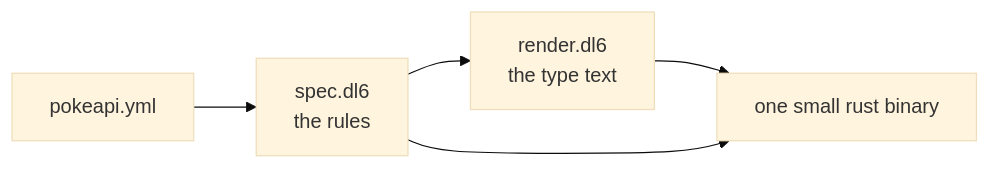
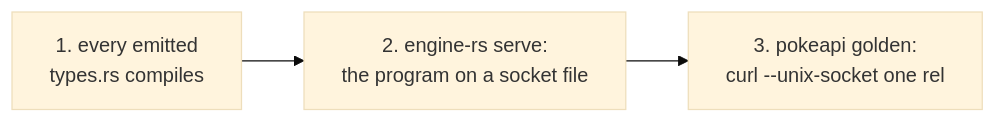
One commit to hafley66/sprefa changed the fourth of 5 diagrams in plans/2026-08-17-openapi-clap-uds.PLAN.visual.human.unga.md. Above: the diagram before and after it, drawn with Mermaid (base theme). The commit also changed other lines of this file, not shown here.

````diff
--- a/plans/2026-08-17-openapi-clap-uds.PLAN.visual.human.unga.md
+++ b/plans/2026-08-17-openapi-clap-uds.PLAN.visual.human.unga.md
@@ -80,9 +80,7 @@
 ```mermaid
 flowchart LR
-  Y["pokeapi.yml"]
-  R1["spec.dl6<br/>the rules"]
-  R2["render.dl6<br/>the type text"]
-  R3["one small rust binary"]
-  Y --> R1 --> R2 --> R3
-  R1 --> R3
+  T["1. every emitted<br/>types.rs compiles"]
+  V["2. engine-rs serve:<br/>the program on a socket file"]
+  G["3. pokeapi golden:<br/>curl --unix-socket one rel"]
+  T --> V --> G
 ```
````
